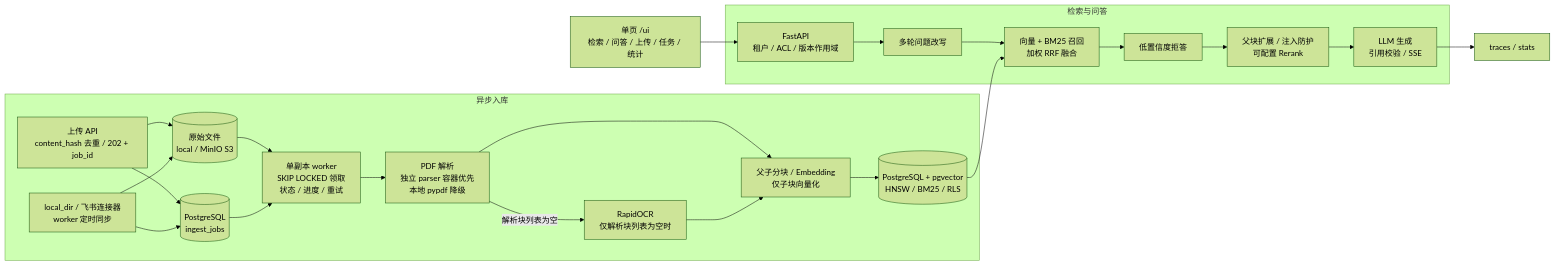
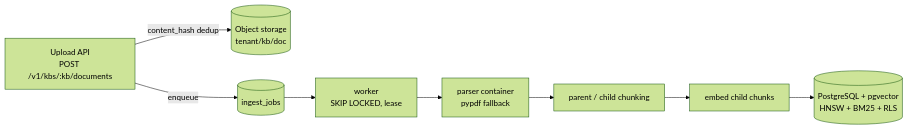
The first of 2 diagrams in README.md (dengyouming163/rag-knowledge-base), drawn with Mermaid (forest theme) before and after one commit. The commit also changed other lines of this file and 1 other file, not shown here.

````diff
--- a/README.md
+++ b/README.md
@@ -7,39 +36,10 @@
 ```mermaid
 flowchart LR
-    subgraph INGEST[异步入库]
-        U[上传 API<br/>content_hash 去重 / 202 + job_id]
-        C[local_dir / 飞书连接器<br/>worker 定时同步]
-        S[(原始文件<br/>local / MinIO S3)]
-        Q[(PostgreSQL<br/>ingest_jobs)]
-        W[单副本 worker<br/>SKIP LOCKED 领取<br/>状态 / 进度 / 重试]
-        P[PDF 解析<br/>独立 parser 容器优先<br/>本地 pypdf 降级]
-        O[RapidOCR<br/>仅解析块列表为空时]
-        E[父子分块 / Embedding<br/>仅子块向量化]
-        D[(PostgreSQL + pgvector<br/>HNSW / BM25 / RLS)]
-        U --> S
-        C --> S
-        U --> Q
-        C --> Q
-        S --> W
-        Q --> W
-        W --> P
-        P -->|解析块列表为空| O
-        P --> E
-        O --> E
-        E --> D
-    end
-
-    subgraph QUERY[检索与问答]
-        A[FastAPI<br/>租户 / ACL / 版本作用域]
-        R[多轮问题改写]
-        H[向量 + BM25 召回<br/>加权 RRF 融合]
-        F[低置信度拒答]
-        X[父块扩展 / 注入防护<br/>可配置 Rerank]
-        L[LLM 生成<br/>引用校验 / SSE]
-        A --> R --> H --> F --> X --> L
-    end
-
-    D --> H
-    UI[单页 /ui<br/>检索 / 问答 / 上传 / 任务 / 统计] --> A
-    L --> T[traces / stats]
+    U[Upload API<br/>POST /v1/kbs/:kb/documents] -->|content_hash dedup| S[(Object storage<br/>tenant/kb/doc)]
+    U -->|enqueue| J[(ingest_jobs)]
+    J --> W[worker<br/>SKIP LOCKED, lease]
+    W --> P[parser container<br/>pypdf fallback]
+    P --> C[parent / child chunking]
+    C --> E[embed child chunks]
+    E --> D[(PostgreSQL + pgvector<br/>HNSW + BM25 + RLS)]
 ```
````
